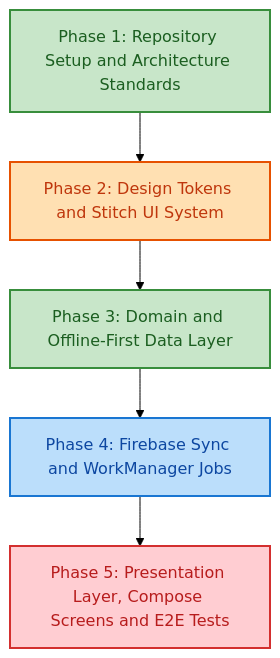
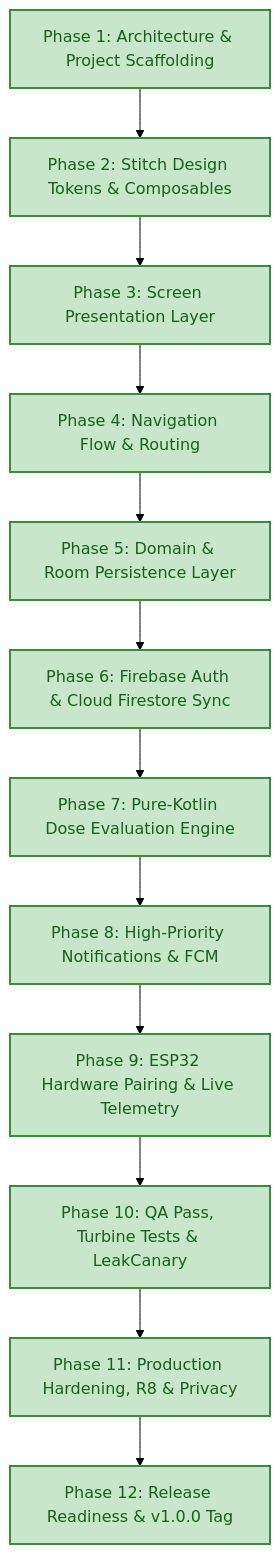
The fifth of 5 diagrams in README.md (AdityaSurse/Smart-Medicine-Box-EIMS-Project-), drawn with Mermaid (forest theme) before and after one commit. The commit also changed other lines of this file and 8 other files, not shown here.

Commit message:
chore: release readiness, documentation, and ci workflows

````diff
--- a/README.md
+++ b/README.md
@@ -201,18 +206,18 @@
 ```mermaid
 flowchart TD
-    classDef device fill:#FFE0B2,stroke:#E65100,stroke-width:2px,color:#BF360C;
-    classDef cloud fill:#BBDEFB,stroke:#1976D2,stroke-width:2px,color:#0D47A1;
-    classDef app fill:#C8E6C9,stroke:#388E3C,stroke-width:2px,color:#1B5E20;
-    classDef alert fill:#FFCDD2,stroke:#D32F2F,stroke-width:2px,color:#B71C1C;
+    classDef done fill:#C8E6C9,stroke:#388E3C,stroke-width:2px,color:#1B5E20;
 
-    P1["Phase 1: Repository Setup and Architecture Standards"] --> P2["Phase 2: Design Tokens and Stitch UI System"]
-    P2 --> P3["Phase 3: Domain and Offline-First Data Layer"]
-    P3 --> P4["Phase 4: Firebase Sync and WorkManager Jobs"]
-    P4 --> P5["Phase 5: Presentation Layer, Compose Screens and E2E Tests"]
+    P1["Phase 1: Architecture & Project Scaffolding"] --> P2["Phase 2: Stitch Design Tokens & Composables"]
+    P2 --> P3["Phase 3: Screen Presentation Layer"]
+    P3 --> P4["Phase 4: Navigation Flow & Routing"]
+    P4 --> P5["Phase 5: Domain & Room Persistence Layer"]
+    P5 --> P6["Phase 6: Firebase Auth & Cloud Firestore Sync"]
+    P6 --> P7["Phase 7: Pure-Kotlin Dose Evaluation Engine"]
+    P7 --> P8["Phase 8: High-Priority Notifications & FCM"]
+    P8 --> P9["Phase 9: ESP32 Hardware Pairing & Live Telemetry"]
+    P9 --> P10["Phase 10: QA Pass, Turbine Tests & LeakCanary"]
+    P10 --> P11["Phase 11: Production Hardening, R8 & Privacy"]
+    P11 --> P12["Phase 12: Release Readiness & v1.0.0 Tag"]
 
-    class P1 app;
-    class P2 device;
-    class P3 app;
-    class P4 cloud;
-    class P5 alert;
+    class P1,P2,P3,P4,P5,P6,P7,P8,P9,P10,P11,P12 done;
 ```
````
